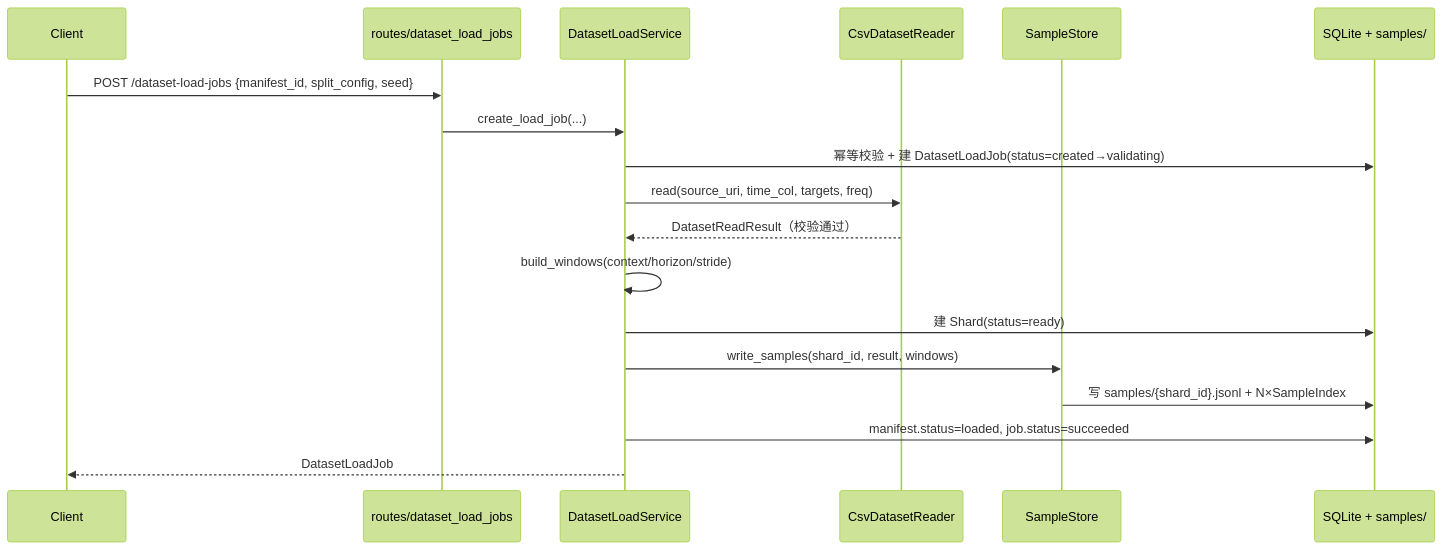
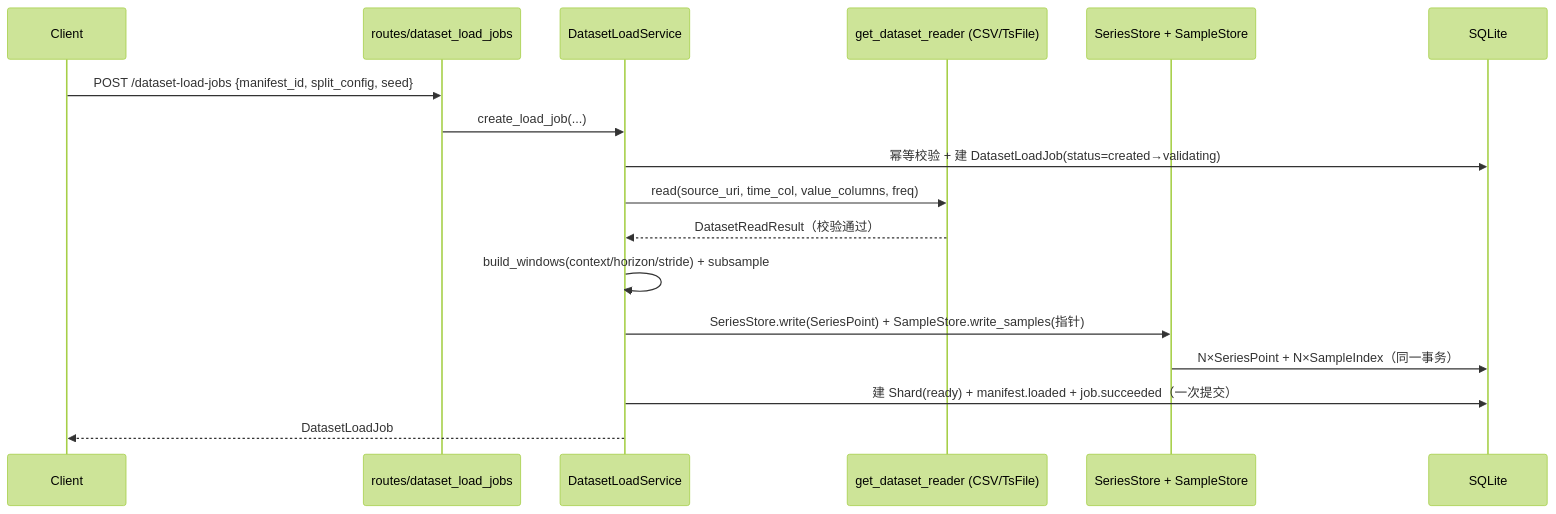
Before and after one commit to thulab/CaFE: the second of 6 diagrams in docs/developer/key-flows.md, drawn with Mermaid (forest theme). The commit also changed other lines of this file and 4 other files, not shown here.

````diff
--- a/docs/developer/key-flows.md
+++ b/docs/developer/key-flows.md
@@ -107,21 +109,20 @@
 ```mermaid
 sequenceDiagram
     participant C as Client
     participant R as routes/dataset_load_jobs
     participant DLS as DatasetLoadService
-    participant CSV as CsvDatasetReader
-    participant SS as SampleStore
-    participant DB as SQLite + samples/
+    participant RD as get_dataset_reader (CSV/TsFile)
+    participant SS as SeriesStore + SampleStore
+    participant DB as SQLite
 
     C->>R: POST /dataset-load-jobs {manifest_id, split_config, seed}
     R->>DLS: create_load_job(...)
     DLS->>DB: 幂等校验 + 建 DatasetLoadJob(status=created→validating)
-    DLS->>CSV: read(source_uri, time_col, targets, freq)
-    CSV-->>DLS: DatasetReadResult（校验通过）
-    DLS->>DLS: build_windows(context/horizon/stride)
-    DLS->>DB: 建 Shard(status=ready)
-    DLS->>SS: write_samples(shard_id, result, windows)
-    SS->>DB: 写 samples/{shard_id}.jsonl + N×SampleIndex
-    DLS->>DB: manifest.status=loaded, job.status=succeeded
+    DLS->>RD: read(source_uri, time_col, value_columns, freq)
+    RD-->>DLS: DatasetReadResult（校验通过）
+    DLS->>DLS: build_windows(context/horizon/stride) + subsample
+    DLS->>SS: SeriesStore.write(SeriesPoint) + SampleStore.write_samples(指针)
+    SS->>DB: N×SeriesPoint + N×SampleIndex（同一事务）
+    DLS->>DB: 建 Shard(ready) + manifest.loaded + job.succeeded（一次提交）
     DLS-->>C: DatasetLoadJob
 ```
````
